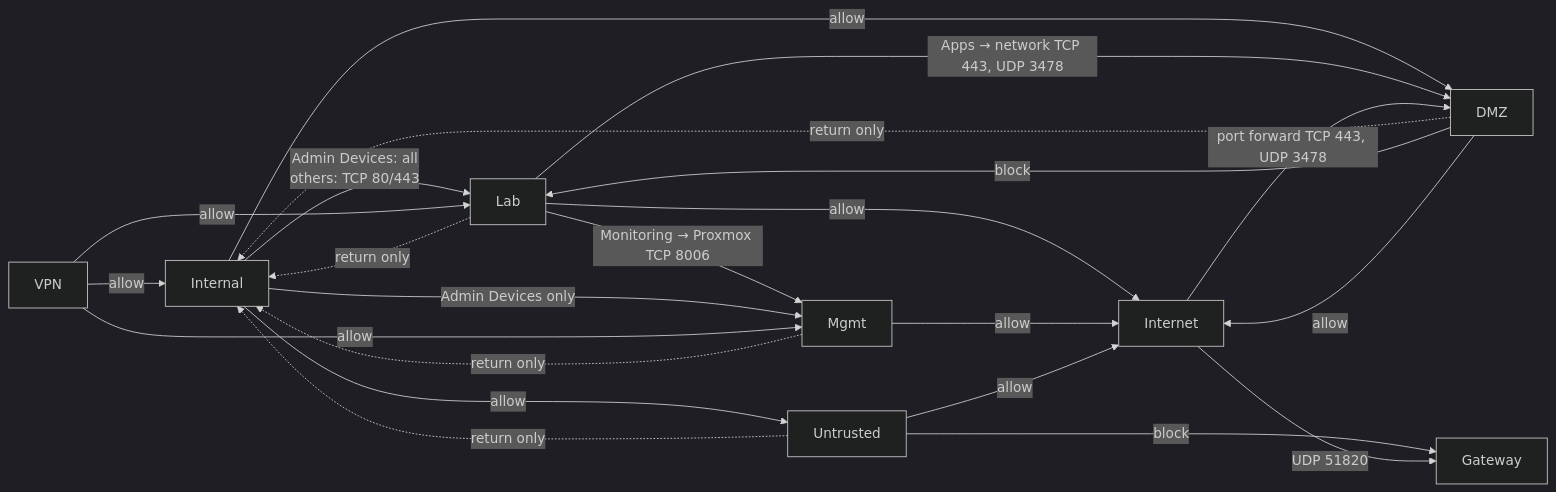
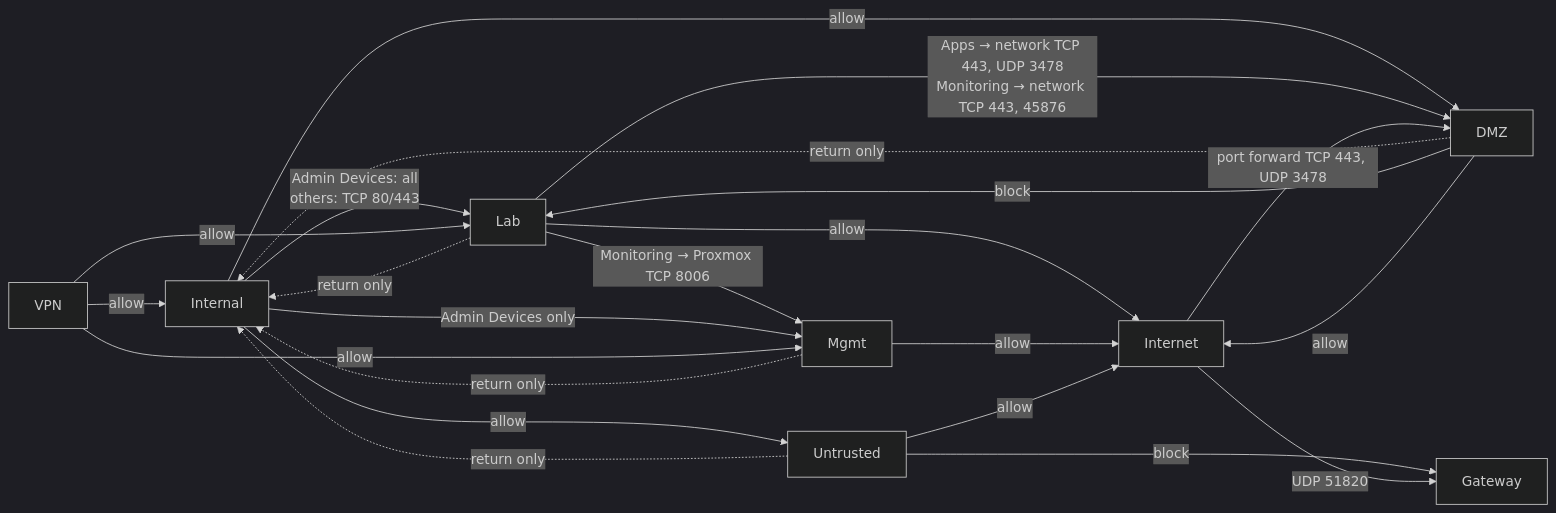
The diagram in docs/firewall.md (shaaz-f/home-server), drawn with Mermaid (dark theme) before and after one commit. The commit also changed other lines of this file and 4 other files, not shown here.

Commit message:
Document monitoring of the network VM and NetBird policies

````diff
--- a/docs/firewall.md
+++ b/docs/firewall.md
@@ -38,24 +38,24 @@
 ```mermaid
 flowchart LR
     I[Internal] -->|Admin Devices: all<br/>others: TCP 80/443| L[Lab]
     L -->|Monitoring → Proxmox TCP 8006| M
     I -->|Admin Devices only| M[Mgmt]
     I -->|allow| U[Untrusted]
     I -->|allow| D[DMZ]
     V[VPN] -->|allow| I
     V -->|allow| L
     V -->|allow| M
     L -.->|return only| I
     M -.->|return only| I
     U -.->|return only| I
     D -.->|return only| I
     U -->|block| G[Gateway]
     D -->|block| L
-    L -->|Apps → network TCP 443, UDP 3478| D
+    L -->|Apps → network TCP 443, UDP 3478<br/>Monitoring → network TCP 443, 45876| D
     E -->|port forward TCP 443, UDP 3478| D
     L -->|allow| E[Internet]
     M -->|allow| E
     U -->|allow| E
     D -->|allow| E
     E -->|UDP 51820| G
 ```
````
